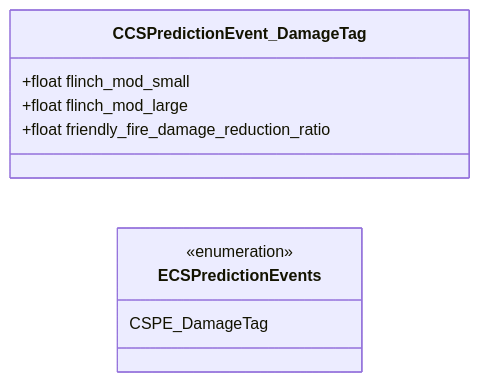
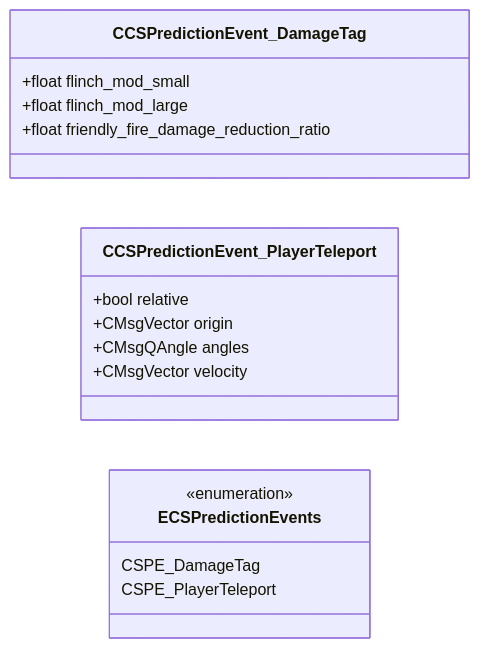
Before and after one commit to CS2OpenDev/CS2OpenDev-Docs: the diagram in docs/generated/proto/cs_prediction_events.md, drawn with Mermaid. The commit also changed other lines of this file and 140 other files, not shown here.

First line of the commit message:
wip: SchemaTracker migration, Schema Lens spec, and coverage-gap analysis

````diff
--- a/docs/generated/proto/cs_prediction_events.md
+++ b/docs/generated/proto/cs_prediction_events.md
@@ -14,16 +14,24 @@
 ```mermaid
 classDiagram
 direction LR
 
   class CCSPredictionEvent_DamageTag {
     +float flinch_mod_small
     +float flinch_mod_large
     +float friendly_fire_damage_reduction_ratio
   }
 
+  class CCSPredictionEvent_PlayerTeleport {
+    +bool relative
+    +CMsgVector origin
+    +CMsgQAngle angles
+    +CMsgVector velocity
+  }
+
   class ECSPredictionEvents{
     <<enumeration>>
     CSPE_DamageTag
+    CSPE_PlayerTeleport
   }
 
 ```
````
